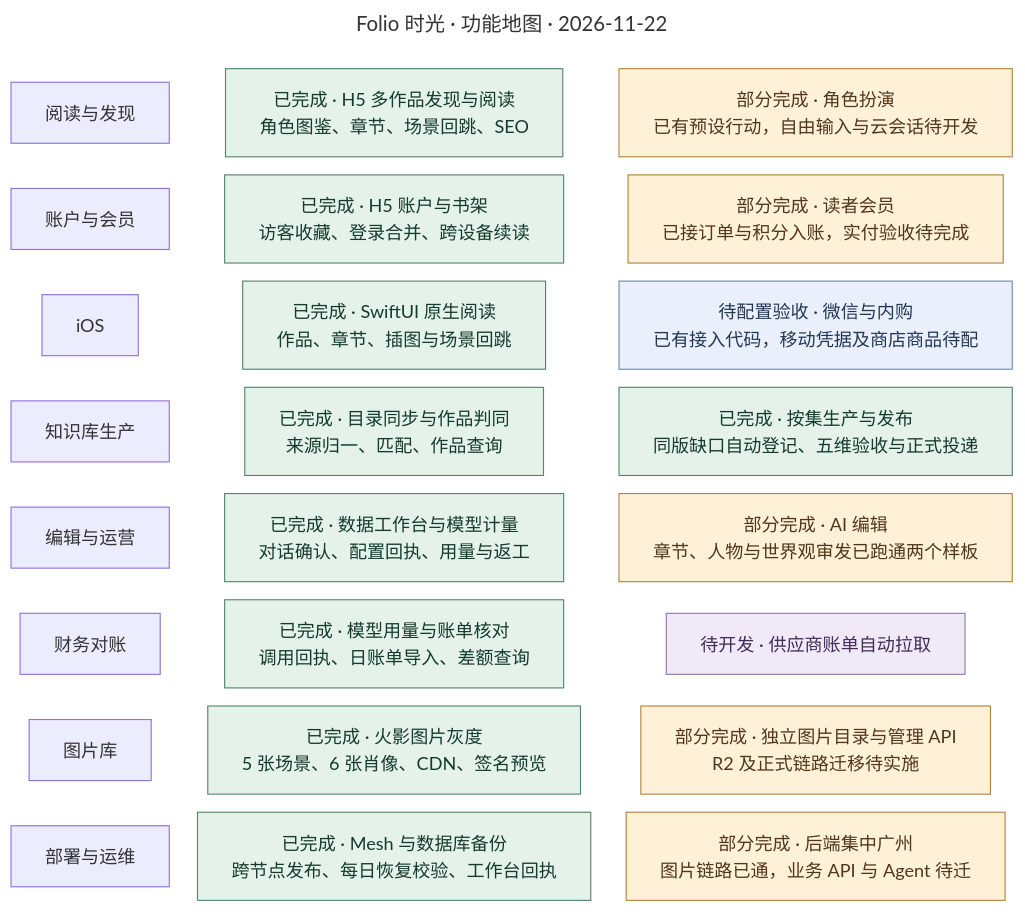
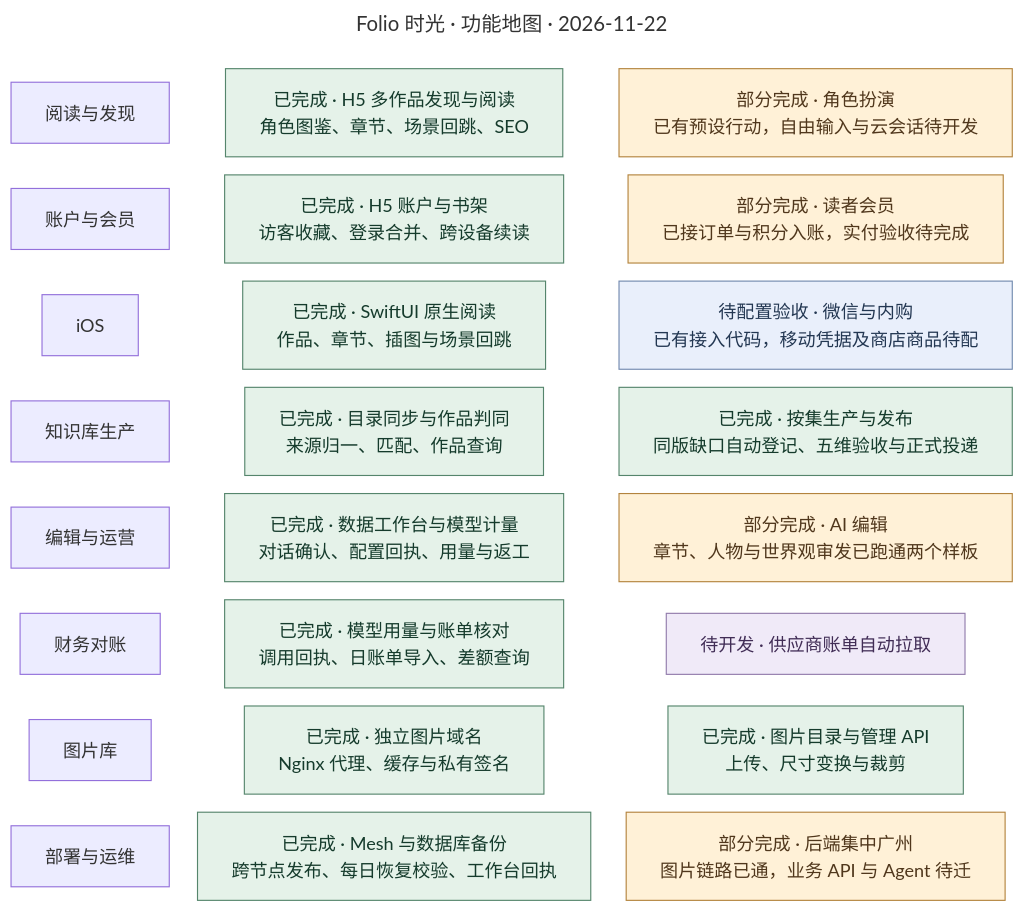
One commit to bluedao10000/player changed the diagram in docs/diagrams/features.mmd. Above: the diagram before and after it, drawn with Mermaid. The commit also changed 136 other files, not shown here.

Commit message:
部署：切换静态前端与独立图片域名

```diff
--- a/docs/diagrams/features.mmd
+++ b/docs/diagrams/features.mmd
@@ -1,49 +1,49 @@
 ---
 title: Folio 时光 · 功能地图 · 2026-11-22
 config:
   flowchart:
     wrappingWidth: 320
     nodeSpacing: 16
     rankSpacing: 25
 ---
 flowchart LR
   read["阅读与发现"] ~~~ library["已完成 · H5 多作品发现与阅读<br/>角色图鉴、章节、场景回跳、SEO"] ~~~ play["部分完成 · 角色扮演<br/>已有预设行动，自由输入与云会话待开发"]
   user["账户与会员"] ~~~ account["已完成 · H5 账户与书架<br/>访客收藏、登录合并、跨设备续读"] ~~~ payment["部分完成 · 读者会员<br/>已接订单与积分入账，实付验收待完成"]
   mobile["iOS"] ~~~ ios["已完成 · SwiftUI 原生阅读<br/>作品、章节、插图与场景回跳"] ~~~ store["待配置验收 · 微信与内购<br/>已有接入代码，移动凭据及商店商品待配"]
   data["知识库生产"] ~~~ sync["已完成 · 目录同步与作品判同<br/>来源归一、匹配、作品查询"] ~~~ publish["已完成 · 按集生产与发布<br/>同版缺口自动登记、五维验收与正式投递"]
   ops["编辑与运营"] ~~~ desk["已完成 · 数据工作台与模型计量<br/>对话确认、配置回执、用量与返工"] ~~~ edit["部分完成 · AI 编辑<br/>章节、人物与世界观审发已跑通两个样板"]
   finance["财务对账"] ~~~ ledger["已完成 · 模型用量与账单核对<br/>调用回执、日账单导入、差额查询"] ~~~ bills["待开发 · 供应商账单自动拉取"]
-  media["图片库"] ~~~ pilot["已完成 · 火影图片灰度<br/>5 张场景、6 张肖像、CDN、签名预览"] ~~~ assets["部分完成 · 独立图片目录与管理 API<br/>R2 及正式链路迁移待实施"]
+  media["图片库"] ~~~ delivery["已完成 · 独立图片域名<br/>Nginx 代理、缓存与私有签名"] ~~~ assets["已完成 · 图片目录与管理 API<br/>上传、尺寸变换与裁剪"]
   infra["部署与运维"] ~~~ backup["已完成 · Mesh 与数据库备份<br/>跨节点发布、每日恢复校验、工作台回执"] ~~~ cloud["部分完成 · 后端集中广州<br/>图片链路已通，业务 API 与 Agent 待迁"]
   classDef done fill:#e5f2e9,stroke:#55856c,color:#153b2c
   classDef partial fill:#fff1d7,stroke:#b3833d,color:#50371c
   classDef todo fill:#f0eaf8,stroke:#917bab,color:#412d56
   classDef pending fill:#e9effb,stroke:#7189ae,color:#233752
-  class library,account,ios,sync,publish,desk,pilot,backup,ledger done
-  class play,payment,edit,cloud,assets partial
+  class library,account,ios,sync,publish,desk,backup,ledger,assets,delivery done
+  class play,payment,edit,cloud partial
   class store pending
   class bills todo
 %% read | 读者从公开作品页进入人物、章节和场景。 | docs/功能地图.md
-%% library | 首页和目录支持多作品，SSR、canonical、JSON-LD 与 sitemap 已通过公网验收。 | docs/架构实现核验.md
+%% library | 首页和目录支持多作品，静态站使用客户端 canonical、JSON-LD 与服务端 sitemap。 | docs/架构实现核验.md
 %% play | 原创角色支持预设剧情行动与本地存档。读者自由输入、持久角色状态与跨设备续玩待接入。 | apps/web/src/features/post/roleplay-controls.tsx
 %% user | 涵盖 H5 身份、书架、读者会员。 | docs/读者账户/设计.md
 %% account | 邮箱登录后可合并或跳过本机记录，在新设备恢复到原段落。 | apps/api/internal/handler/knowledge/reader_test.go
 %% payment | Free、Plus、Pro、会员订单与积分入账已有实现。读者会员积分消费入口待开发。 | docs/功能地图.md
 %% mobile | 原生阅读与发行、登录及商店配置分别验收。 | apps/ios/README.md
 %% ios | 模拟器已从正式站进入火影章节并解码 11 张图。角色与场景入口支持回到原段。 | apps/ios/Folio/Reading.swift
 %% store | 微信移动应用凭据、App Store 商品配置与真机支付验收待完成。 | apps/ios/README.md
 %% data | 知识库以 PostgreSQL 保存来源、业务作品和定稿指针。 | docs/knowledge-base.md
 %% sync | 目录按版本同步，规则归并与 AI 辅助判同支持候选审计。 | apps/api/internal/service/knowledge/curation.go
 %% publish | 数据服务按分集配置调度 Pi；通过五维验收后按定稿指纹投递并校验公开路径。 | apps/sync/cmd/reader-release
 %% ops | 内部工作台区分内容审稿与运行观察。 | apps/web/src/routes/workbench.tsx
 %% desk | 本地对话确认结构化计划差异，并显示配置、模型回执和失败记录。 | apps/web/src/features/workbench/editor-desk.tsx
 %% edit | 两个样板支持一句话修订章节、场景、人物及世界观，手机预览后整项审发。 | docs/功能地图.md
 %% finance | 按供应商、用途和模型追踪实际调用与账务差异。 | docs/模型用量与计费.md
 %% ledger | 已支持导入日账单并按币种核对。 | apps/api/internal/repository/queries/billing/queries.queries
 %% bills | 供应商日账单仍需导入。 | docs/模型用量与计费.md
-%% media | 当前灰度和全站图片库按不同交付范围标记。 | docs/图片库架构.md
-%% pilot | 原 URL 经阿里云网关和 Mesh 到广州 Axum，libvips 预生成手机预览。 | apps/sync/ops/image-import/README.md
-%% assets | 独立实例已有目录、上传、变换和私有签名。R2 与正式站切换仍待实施。 | apps/image/README.md
+%% media | 独立域名统一读取业务图片。 | docs/图片库架构.md
+%% delivery | 图片域名经 Nginx 连接广州 Axum，支持公开缓存及私有签名。 | deploy/gateway/nginx/nginx.conf
+%% assets | 独立实例提供目录、上传、变换和私有签名。 | apps/image/README.md
 %% infra | 四个 Mesh 节点分别承担公网入口、制作、媒体与备份。 | docs/部署架构.md
 %% backup | 每日广州数据库快照在 K3s 恢复并逐表核对，内部面板保留成功回执、大小、耗时和失败原因。 | deploy/pg-backup/README.md
-%% cloud | 目标为阿里云前端和网关、广州业务与 Pi、硅谷轻量模型出口。已完成的网关读图限定火影试点。 | docs/部署架构.md
+%% cloud | 目标为阿里云前端和网关、广州业务与 Pi、硅谷轻量模型出口。静态站与独立图片域名已完成公网切换。 | docs/部署架构.md
```
